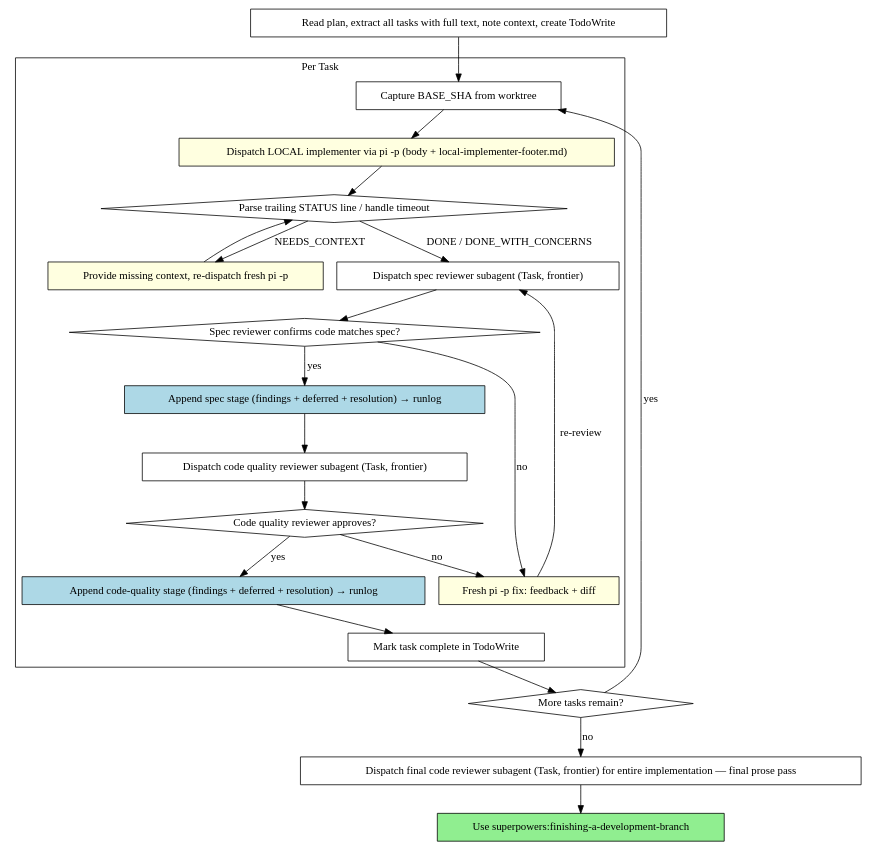
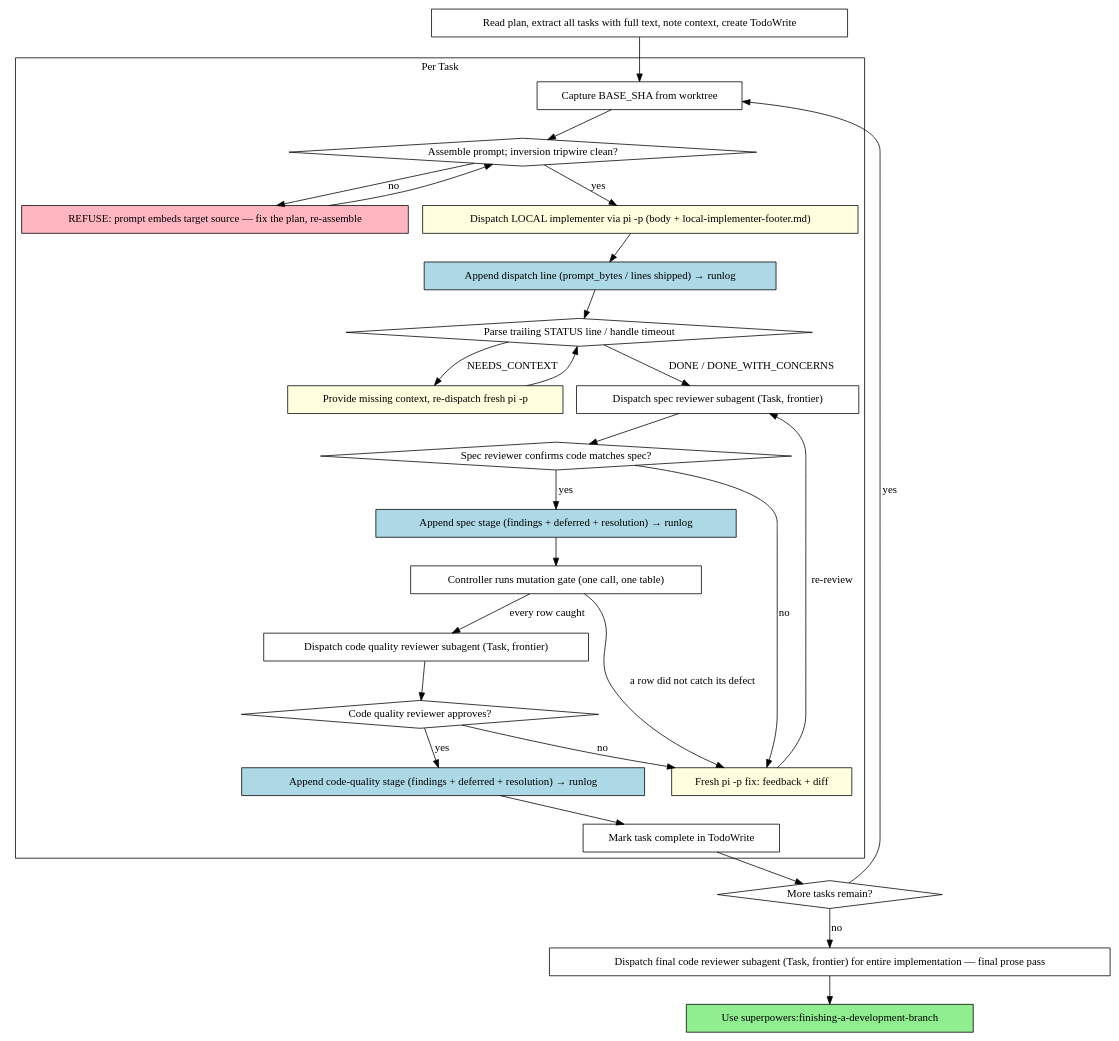
One commit to GeorgeLautenschlager/steward changed the diagram in skills/steward-local-sdd/SKILL.md. Above: the diagram before and after it, drawn with Graphviz. The commit also changed other lines of this file and 4 other files, not shown here.

````diff
--- a/skills/steward-local-sdd/SKILL.md
+++ b/skills/steward-local-sdd/SKILL.md
@@ -92,46 +95,56 @@
 ```dot
 digraph process {
     rankdir=TB;
 
     subgraph cluster_per_task {
         label="Per Task";
         "Capture BASE_SHA from worktree" [shape=box];
+        "Assemble prompt; inversion tripwire clean?" [shape=diamond];
+        "REFUSE: prompt embeds target source — fix the plan, re-assemble" [shape=box style=filled fillcolor=lightpink];
         "Dispatch LOCAL implementer via pi -p (body + local-implementer-footer.md)" [shape=box style=filled fillcolor=lightyellow];
+        "Append dispatch line (prompt_bytes / lines shipped) → runlog" [shape=box style=filled fillcolor=lightblue];
+        "Controller runs mutation gate (one call, one table)" [shape=box];
         "Parse trailing STATUS line / handle timeout" [shape=diamond];
         "Provide missing context, re-dispatch fresh pi -p" [shape=box style=filled fillcolor=lightyellow];
         "Dispatch spec reviewer subagent (Task, frontier)" [shape=box];
         "Spec reviewer confirms code matches spec?" [shape=diamond];
         "Append spec stage (findings + deferred + resolution) → runlog" [shape=box style=filled fillcolor=lightblue];
         "Fresh pi -p fix: feedback + diff" [shape=box style=filled fillcolor=lightyellow];
         "Dispatch code quality reviewer subagent (Task, frontier)" [shape=box];
         "Code quality reviewer approves?" [shape=diamond];
         "Append code-quality stage (findings + deferred + resolution) → runlog" [shape=box style=filled fillcolor=lightblue];
         "Mark task complete in TodoWrite" [shape=box];
     }
 
     "Read plan, extract all tasks with full text, note context, create TodoWrite" [shape=box];
     "More tasks remain?" [shape=diamond];
     "Dispatch final code reviewer subagent (Task, frontier) for entire implementation — final prose pass" [shape=box];
     "Use superpowers:finishing-a-development-branch" [shape=box style=filled fillcolor=lightgreen];
 
     "Read plan, extract all tasks with full text, note context, create TodoWrite" -> "Capture BASE_SHA from worktree";
-    "Capture BASE_SHA from worktree" -> "Dispatch LOCAL implementer via pi -p (body + local-implementer-footer.md)";
-    "Dispatch LOCAL implementer via pi -p (body + local-implementer-footer.md)" -> "Parse trailing STATUS line / handle timeout";
+    "Capture BASE_SHA from worktree" -> "Assemble prompt; inversion tripwire clean?";
+    "Assemble prompt; inversion tripwire clean?" -> "REFUSE: prompt embeds target source — fix the plan, re-assemble" [label="no"];
+    "REFUSE: prompt embeds target source — fix the plan, re-assemble" -> "Assemble prompt; inversion tripwire clean?";
+    "Assemble prompt; inversion tripwire clean?" -> "Dispatch LOCAL implementer via pi -p (body + local-implementer-footer.md)" [label="yes"];
+    "Dispatch LOCAL implementer via pi -p (body + local-implementer-footer.md)" -> "Append dispatch line (prompt_bytes / lines shipped) → runlog";
+    "Append dispatch line (prompt_bytes / lines shipped) → runlog" -> "Parse trailing STATUS line / handle timeout";
     "Parse trailing STATUS line / handle timeout" -> "Provide missing context, re-dispatch fresh pi -p" [label="NEEDS_CONTEXT"];
     "Provide missing context, re-dispatch fresh pi -p" -> "Parse trailing STATUS line / handle timeout";
     "Parse trailing STATUS line / handle timeout" -> "Dispatch spec reviewer subagent (Task, frontier)" [label="DONE / DONE_WITH_CONCERNS"];
     "Dispatch spec reviewer subagent (Task, frontier)" -> "Spec reviewer confirms code matches spec?";
     "Spec reviewer confirms code matches spec?" -> "Fresh pi -p fix: feedback + diff" [label="no"];
     "Fresh pi -p fix: feedback + diff" -> "Dispatch spec reviewer subagent (Task, frontier)" [label="re-review"];
     "Spec reviewer confirms code matches spec?" -> "Append spec stage (findings + deferred + resolution) → runlog" [label="yes"];
-    "Append spec stage (findings + deferred + resolution) → runlog" -> "Dispatch code quality reviewer subagent (Task, frontier)";
+    "Append spec stage (findings + deferred + resolution) → runlog" -> "Controller runs mutation gate (one call, one table)";
+    "Controller runs mutation gate (one call, one table)" -> "Fresh pi -p fix: feedback + diff" [label="a row did not catch its defect"];
+    "Controller runs mutation gate (one call, one table)" -> "Dispatch code quality reviewer subagent (Task, frontier)" [label="every row caught"];
     "Dispatch code quality reviewer subagent (Task, frontier)" -> "Code quality reviewer approves?";
     "Code quality reviewer approves?" -> "Fresh pi -p fix: feedback + diff" [label="no"];
     "Code quality reviewer approves?" -> "Append code-quality stage (findings + deferred + resolution) → runlog" [label="yes"];
     "Append code-quality stage (findings + deferred + resolution) → runlog" -> "Mark task complete in TodoWrite";
     "Mark task complete in TodoWrite" -> "More tasks remain?";
     "More tasks remain?" -> "Capture BASE_SHA from worktree" [label="yes"];
     "More tasks remain?" -> "Dispatch final code reviewer subagent (Task, frontier) for entire implementation — final prose pass" [label="no"];
     "Dispatch final code reviewer subagent (Task, frontier) for entire implementation — final prose pass" -> "Use superpowers:finishing-a-development-branch";
 }
 ```
````
